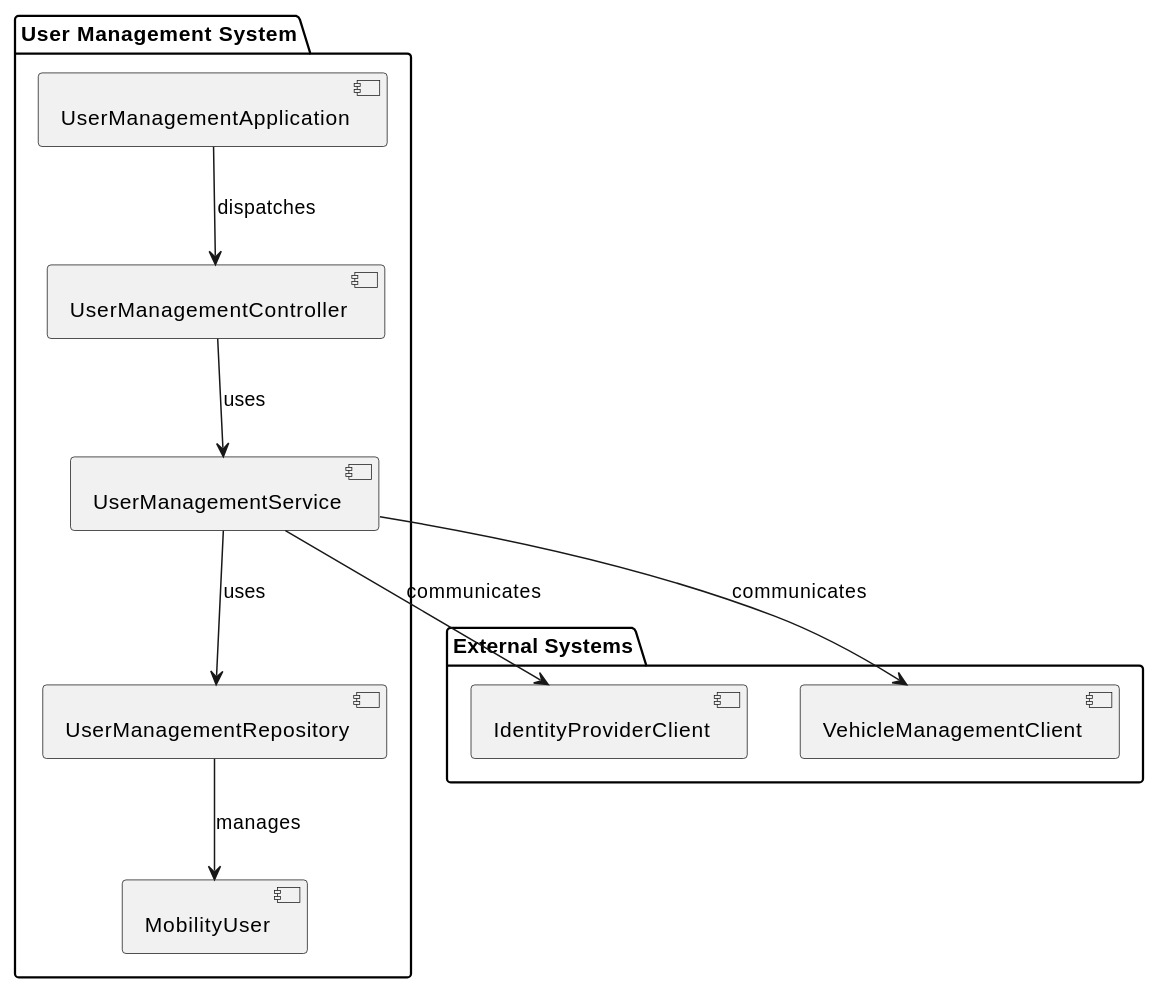
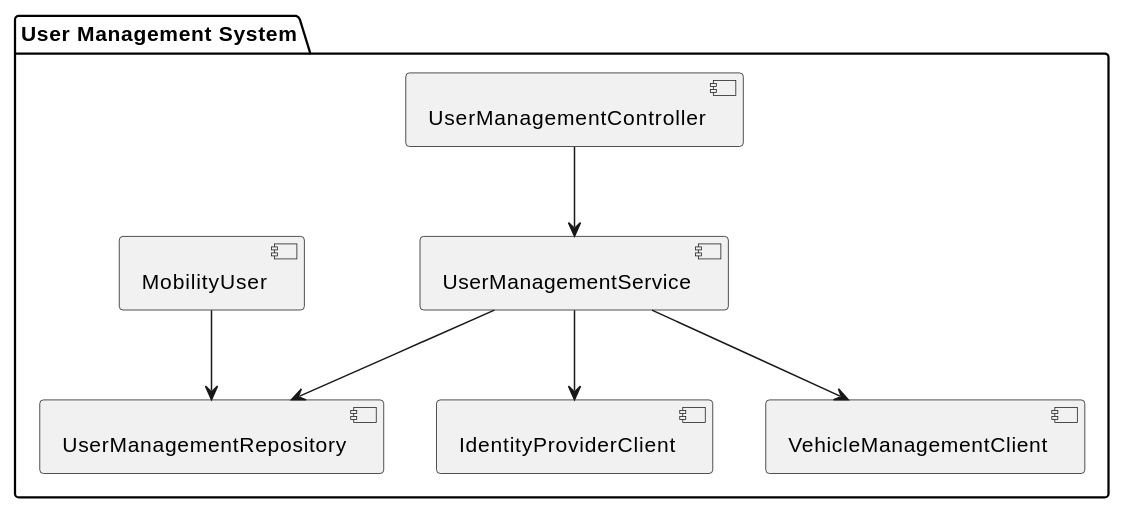
The diagram in usermanagement/documentation/architecturedesign.adoc (Dinesh-s95/AutoDoc.ai), drawn with PlantUML before and after one commit. The commit also changed other lines of this file and 23 other files, not shown here.

```diff
--- a/usermanagement/documentation/architecturedesign.adoc
+++ b/usermanagement/documentation/architecturedesign.adoc
@@ -7,27 +7,19 @@
-[plantuml, diagram-architecture, png]
+[plantuml, system_architecture]
 ----
 @startuml
-skinparam componentStyle uml2
+package "User Management System" {
+  [UserManagementController]
+  [UserManagementService]
+  [UserManagementRepository]
+  [IdentityProviderClient]
+  [VehicleManagementClient]
+  [MobilityUser]
 
-package "User Management System" {
-  [UserManagementApplication] as UMA
-  [UserManagementController] as UMC
-  [UserManagementService] as UMS
-  [UserManagementRepository] as UMR
-  [MobilityUser] as MU
+  [UserManagementController] --> [UserManagementService]
+  [UserManagementService] --> [UserManagementRepository]
+  [UserManagementService] --> [IdentityProviderClient]
+  [UserManagementService] --> [VehicleManagementClient]
+  [MobilityUser] --> [UserManagementRepository]
 }
-
-package "External Systems" {
-  [IdentityProviderClient] as IPC
-  [VehicleManagementClient] as VMC
-}
-
-UMA --> UMC : dispatches
-UMC --> UMS : uses
-UMS --> UMR : uses
-UMS --> IPC : communicates
-UMS --> VMC : communicates
-UMR --> MU : manages
-
 @enduml
 ----
```
